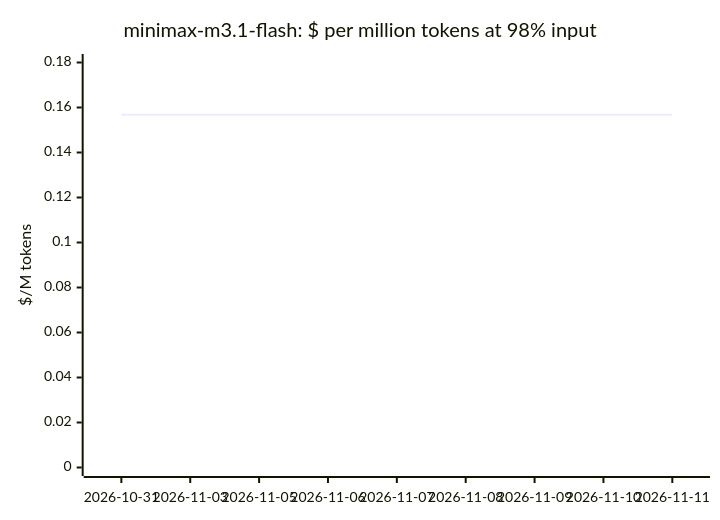
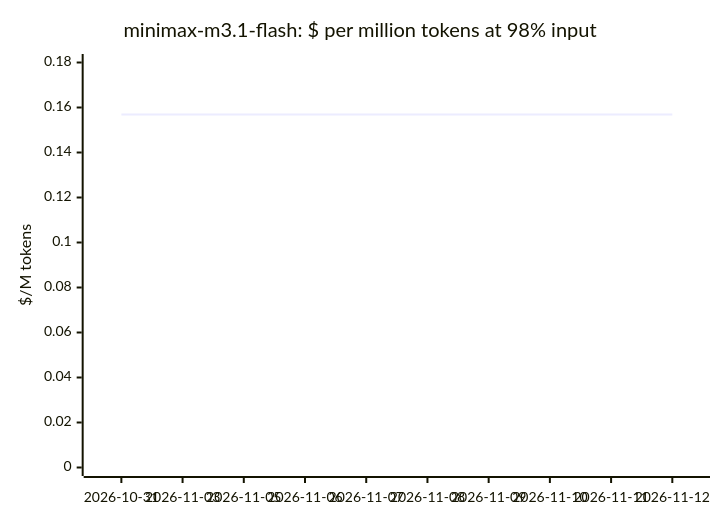
Diagram 11 of 19 in docs/openrouter-models.md (cklukas/OMEGA_TRANSFORM), drawn with Mermaid before and after one commit. The commit also changed other lines of this file and 47 other files, not shown here.

````diff
--- a/docs/openrouter-models.md
+++ b/docs/openrouter-models.md
@@ -228,7 +228,7 @@
 ```mermaid
 xychart-beta
     title "minimax-m3.1-flash: $ per million tokens at 98% input"
-    x-axis ["2026-10-31", "2026-11-03", "2026-11-05", "2026-11-06", "2026-11-07", "2026-11-08", "2026-11-09", "2026-11-10", "2026-11-11"]
+    x-axis ["2026-10-31", "2026-11-03", "2026-11-05", "2026-11-06", "2026-11-07", "2026-11-08", "2026-11-09", "2026-11-10", "2026-11-11", "2026-11-12"]
     y-axis "$/M tokens" 0 --> 0.18
-    line [0.1568, 0.1568, 0.1568, 0.1568, 0.1568, 0.1568, 0.1568, 0.1568, 0.1568]
+    line [0.1569, 0.1569, 0.1569, 0.1569, 0.1569, 0.1569, 0.1569, 0.1569, 0.1569, 0.1569]
 ```
````
